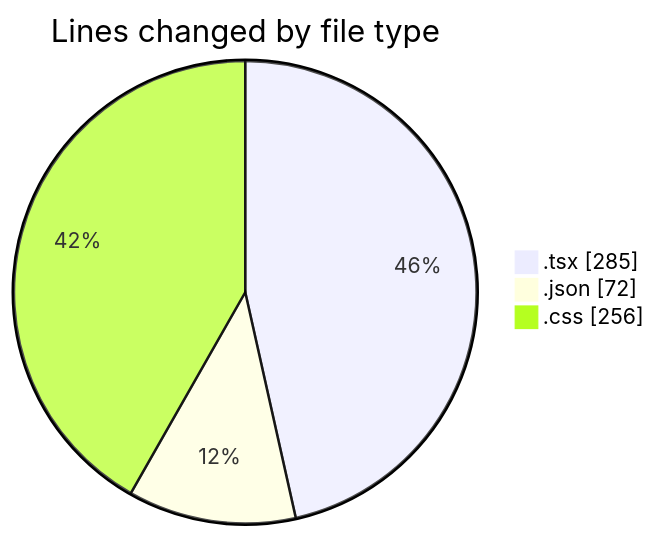
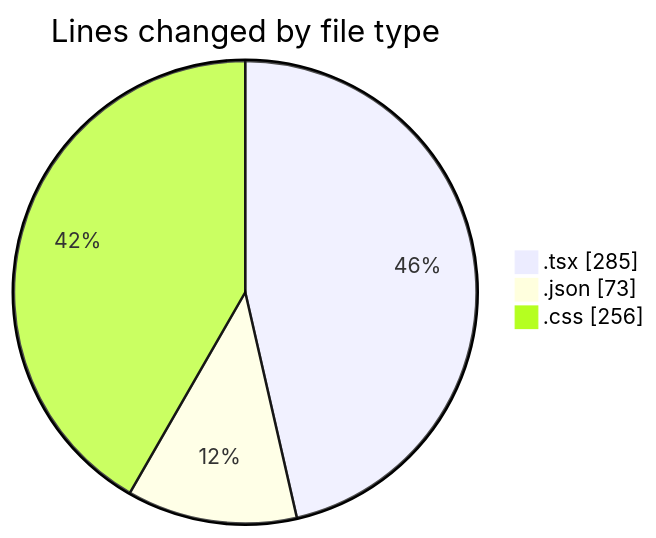
Before and after one commit to EIIisD/code-tracking: the first of 2 diagrams in 2025-08-05/tw-server/README.md, drawn with Mermaid. The commit also changed other lines of this file and 1 other file, not shown here.

````diff
--- a/2025-08-05/tw-server/README.md
+++ b/2025-08-05/tw-server/README.md
@@ -28,7 +28,7 @@
 ```mermaid
 pie showData
 title Lines changed by file type
 ".tsx" : 285
-".json" : 72
+".json" : 73
 ".css" : 256
 ```
````
